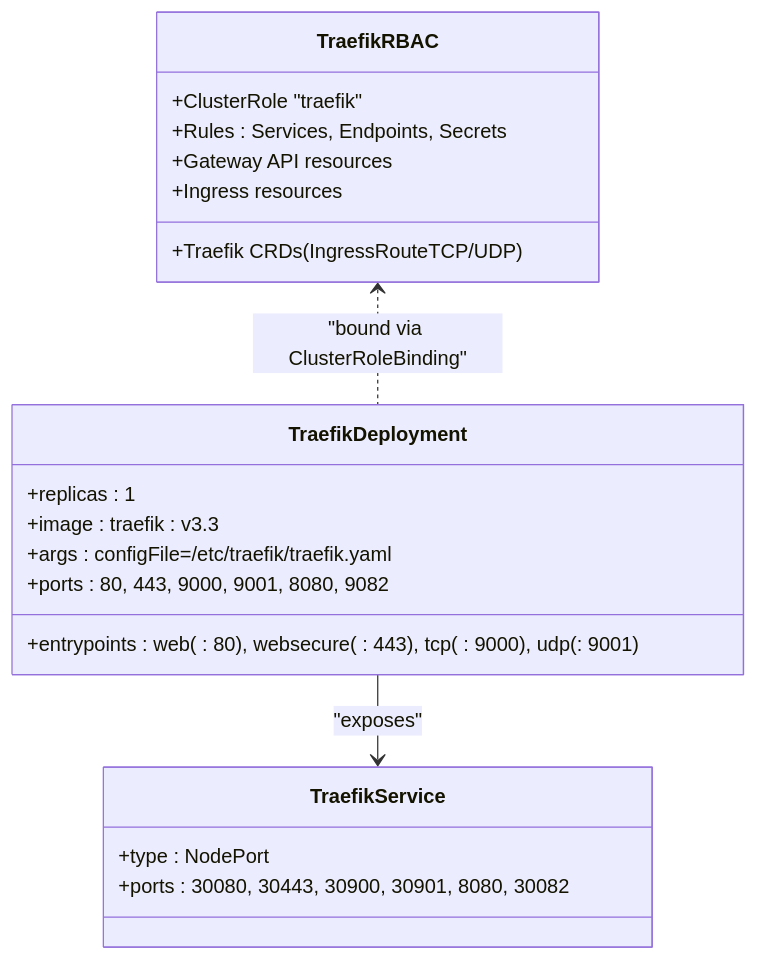
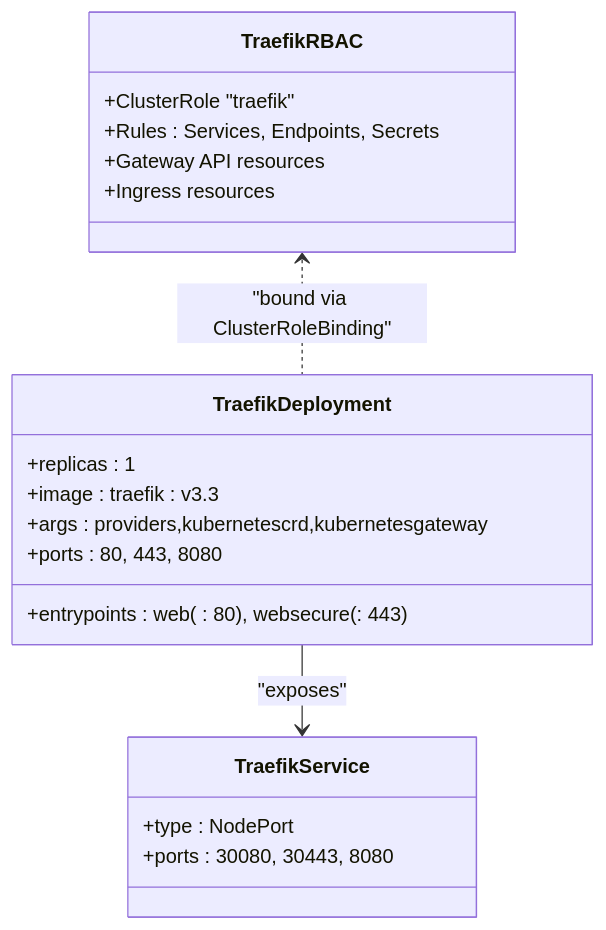
One commit to Hoangvu75/k8s_manifest changed the fifth of 8 diagrams in .qoder/repowiki/en/content/Advanced Topics/Advanced Networking Configurations.md. Above: the diagram before and after it, drawn with Mermaid. The commit also changed other lines of this file and 31 other files, not shown here.

````diff
--- a/.qoder/repowiki/en/content/Advanced Topics/Advanced Networking Configurations.md
+++ b/.qoder/repowiki/en/content/Advanced Topics/Advanced Networking Configurations.md
@@ -285,23 +221,22 @@
 ```mermaid
 classDiagram
 class TraefikRBAC {
 +ClusterRole "traefik"
 +Rules : Services, Endpoints, Secrets
 +Gateway API resources
 +Ingress resources
-+Traefik CRDs (IngressRouteTCP/UDP)
 }
 class TraefikDeployment {
 +replicas : 1
 +image : traefik : v3.3
-+args : configFile=/etc/traefik/traefik.yaml
-+entrypoints : web( : 80), websecure( : 443), tcp( : 9000), udp( : 9001)
-+ports : 80, 443, 9000, 9001, 8080, 9082
++args : providers,kubernetescrd,kubernetesgateway
++entrypoints : web( : 80), websecure( : 443)
++ports : 80, 443, 8080
 }
 class TraefikService {
 +type : NodePort
-+ports : 30080, 30443, 30900, 30901, 8080, 30082
++ports : 30080, 30443, 8080
 }
 TraefikRBAC <.. TraefikDeployment : "bound via ClusterRoleBinding"
 TraefikDeployment --> TraefikService : "exposes"
 ```
````
